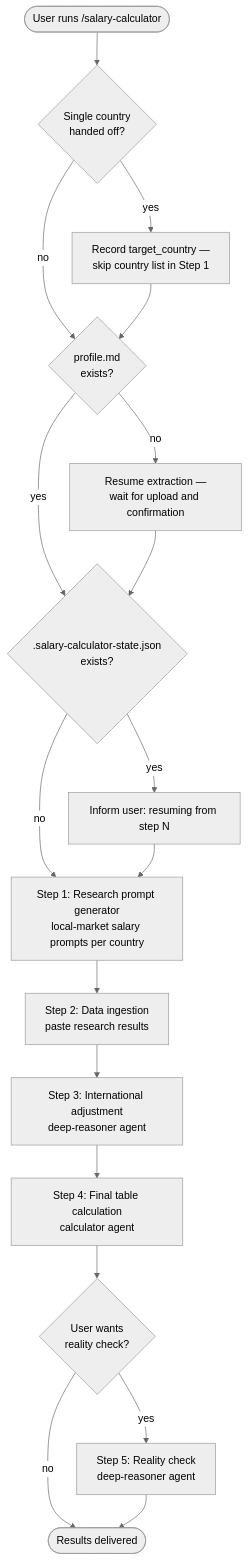
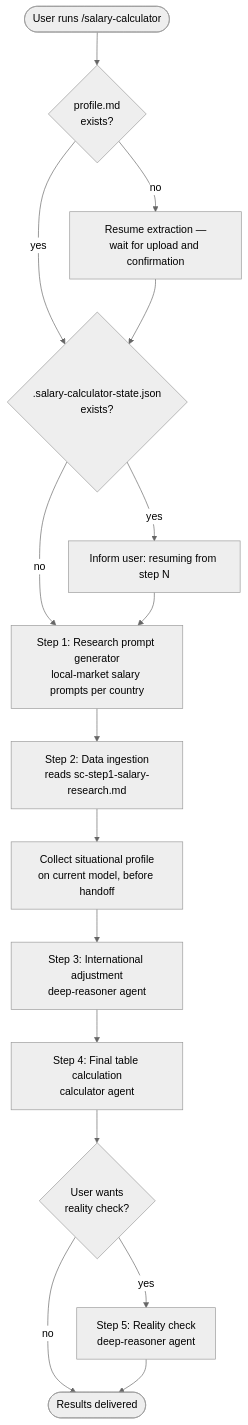
One commit to myowinthein/agent-compass changed the diagram in docs/commands/salary-calculator.md. Above: the diagram before and after it, drawn with Mermaid (neutral theme). The commit also changed other lines of this file and 9 other files, not shown here.

````diff
--- a/docs/commands/salary-calculator.md
+++ b/docs/commands/salary-calculator.md
@@ -14,24 +14,21 @@
 ```mermaid
 flowchart TD
-  Start([User runs /salary-calculator]) --> Handoff{Single country<br/>handed off?}
-  Handoff -->|yes| RecordCountry[Record target_country —<br/>skip country list in Step 1]
-  Handoff -->|no| Profile
-  RecordCountry --> Profile
-
-  Profile{profile.md<br/>exists?} -->|no| Extract[Resume extraction —<br/>wait for upload and confirmation]
+  Start([User runs /salary-calculator]) --> Profile{profile.md<br/>exists?}
+  Profile -->|no| Extract[Resume extraction —<br/>wait for upload and confirmation]
   Profile -->|yes| State
   Extract --> State
 
   State{.salary-calculator-state.json<br/>exists?} -->|yes| Resume[Inform user: resuming from step N]
   State -->|no| S1
   Resume --> S1
 
   S1[Step 1: Research prompt generator<br/>local-market salary prompts per country] --> S2
-  S2[Step 2: Data ingestion<br/>paste research results] --> S3
+  S2[Step 2: Data ingestion<br/>reads sc-step1-salary-research.md] --> S3prep
+  S3prep[Collect situational profile<br/>on current model, before handoff] --> S3
   S3[Step 3: International adjustment<br/>deep-reasoner agent] --> S4
   S4[Step 4: Final table calculation<br/>calculator agent] --> RCQ
 
   RCQ{User wants<br/>reality check?} -->|no| Done([Results delivered])
   RCQ -->|yes| S5[Step 5: Reality check<br/>deep-reasoner agent]
   S5 --> Done
 ```
````
